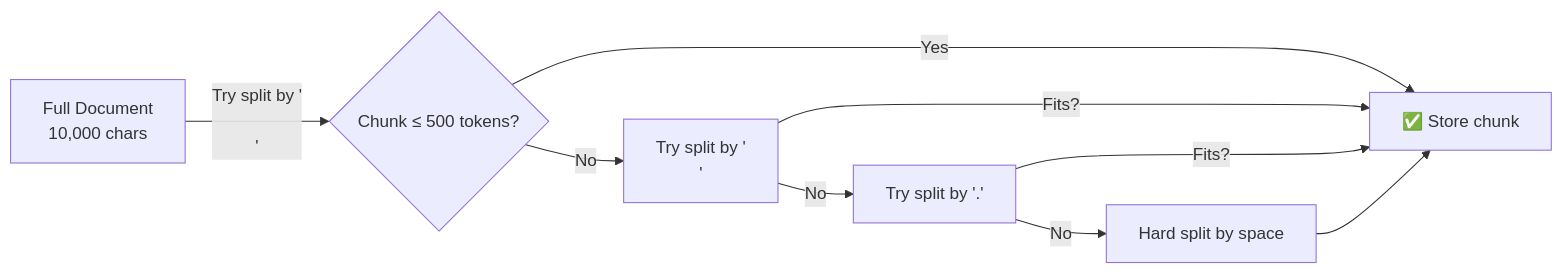
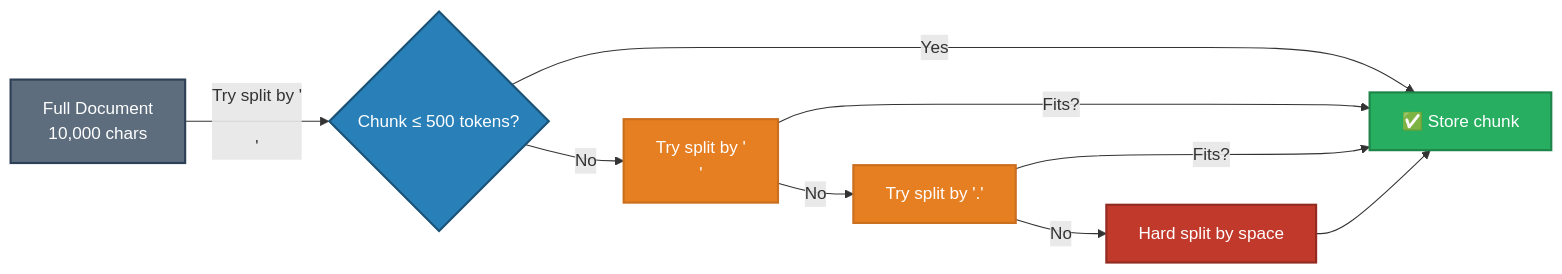
The third of 24 diagrams in docs/17-interview-questions/topic_deep_dive_rag.md (GyanendraChaubey/AI-Engineering-Notes), drawn with Mermaid before and after one commit. The commit also changed other lines of this file and 74 other files, not shown here.

First line of the commit message:
refactor: split company_wise_interviews.md into 72 individual interview files + fix mermaid colors

````diff
--- a/docs/17-interview-questions/topic_deep_dive_rag.md
+++ b/docs/17-interview-questions/topic_deep_dive_rag.md
@@ -153,11 +171,18 @@
 ```mermaid
 flowchart LR
     A[Full Document\n10,000 chars] -->|Try split by '\n\n'| B{Chunk ≤ 500 tokens?}
     B -->|Yes| C[✅ Store chunk]
     B -->|No| D[Try split by '\n']
     D -->|Fits?| C
     D -->|No| E[Try split by '.']
     E -->|Fits?| C
     E -->|No| F[Hard split by space]
     F --> C
+
+    style A fill:#5D6D7E,stroke:#2E4057,stroke-width:2px,color:#FFFFFF
+    style B fill:#2980B9,stroke:#1A5276,stroke-width:2px,color:#FFFFFF
+    style C fill:#27AE60,stroke:#1E8449,stroke-width:2px,color:#FFFFFF
+    style D fill:#E67E22,stroke:#CA6F1E,stroke-width:2px,color:#FFFFFF
+    style E fill:#E67E22,stroke:#CA6F1E,stroke-width:2px,color:#FFFFFF
+    style F fill:#C0392B,stroke:#922B21,stroke-width:2px,color:#FFFFFF
 ```
````
